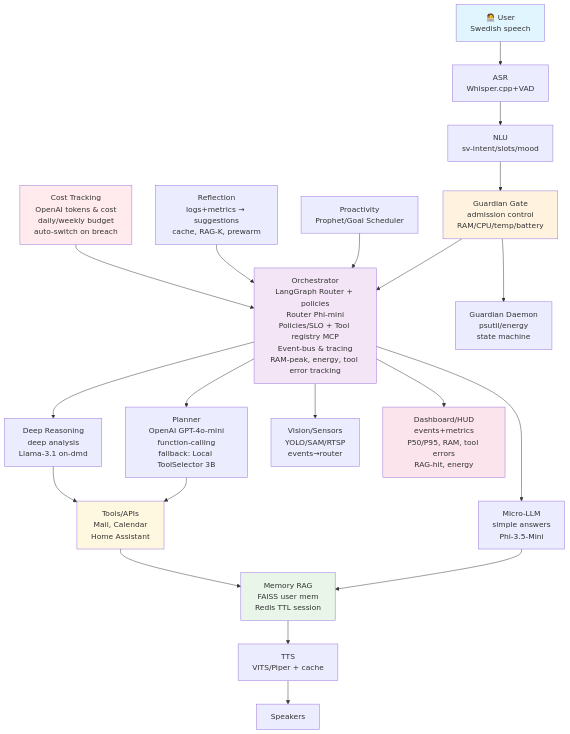
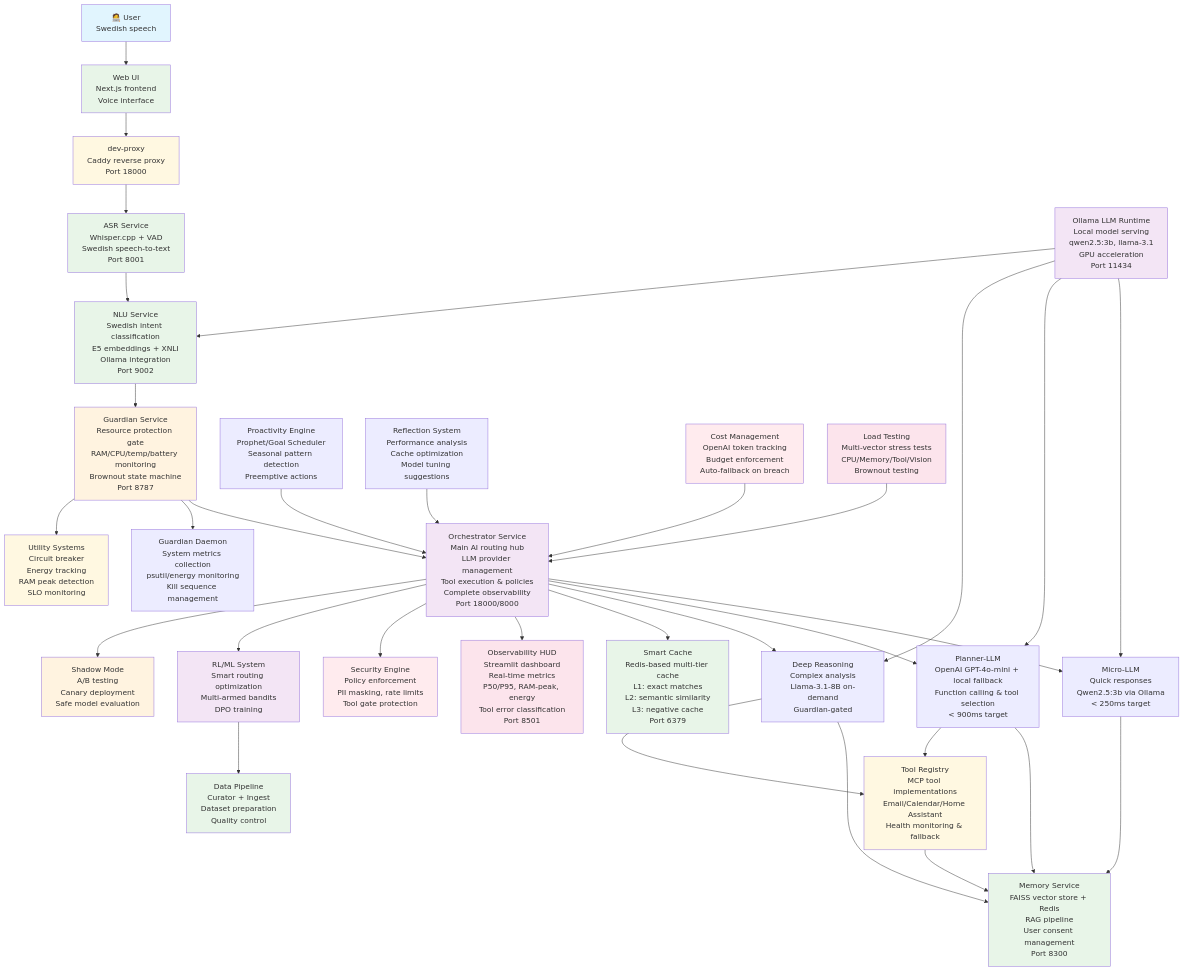
The first of 4 diagrams in ALICE_SYSTEM_BLUEPRINT.md (DanielWarg/AliceV2), drawn with Mermaid before and after one commit. The commit also changed other lines of this file and 9 other files, not shown here.

````diff
--- a/ALICE_SYSTEM_BLUEPRINT.md
+++ b/ALICE_SYSTEM_BLUEPRINT.md
@@ -14,39 +17,86 @@
 ```mermaid
 graph TB
-    User[🧑‍💻 User<br/>Swedish speech] --> ASR[ASR<br/>Whisper.cpp+VAD]
-    ASR --> NLU[NLU<br/>sv-intent/slots/mood]
-    NLU --> Guardian[Guardian Gate<br/>admission control<br/>RAM/CPU/temp/battery]
+    %% User Interface Layer
+    User[🧑‍💻 User<br/>Swedish speech] --> WebUI[Web UI<br/>Next.js frontend<br/>Voice interface]
+    WebUI --> DevProxy[dev-proxy<br/>Caddy reverse proxy<br/>Port 18000]
     
-    Guardian --> Orchestrator[Orchestrator<br/>LangGraph Router + policies<br/>Router Phi-mini<br/>Policies/SLO + Tool registry MCP<br/>Event-bus & tracing<br/>RAM-peak, energy, tool error tracking]
+    %% Voice Processing Pipeline
+    DevProxy --> ASR[ASR Service<br/>Whisper.cpp + VAD<br/>Swedish speech-to-text<br/>Port 8001]
+    ASR --> NLU[NLU Service<br/>Swedish intent classification<br/>E5 embeddings + XNLI<br/>Ollama integration<br/>Port 9002]
     
-    Orchestrator --> Micro[Micro-LLM<br/>simple answers<br/>Phi-3.5-Mini]
-    Orchestrator --> Planner[Planner<br/>OpenAI GPT-4o-mini<br/>function-calling<br/>fallback: Local ToolSelector 3B]
-    Orchestrator --> Deep[Deep Reasoning<br/>deep analysis<br/>Llama-3.1 on-dmd]
-    Orchestrator --> Vision[Vision/Sensors<br/>YOLO/SAM/RTSP<br/>events→router]
+    %% Security Gateway
+    NLU --> Guardian[Guardian Service<br/>Resource protection gate<br/>RAM/CPU/temp/battery monitoring<br/>Brownout state machine<br/>Port 8787]
     
-    Micro --> Memory[Memory RAG<br/>FAISS user mem<br/>Redis TTL session]
-    Planner --> Tools[Tools/APIs<br/>Mail, Calendar<br/>Home Assistant]
+    %% Core Orchestration
+    Guardian --> Orchestrator[Orchestrator Service<br/>Main AI routing hub<br/>LLM provider management<br/>Tool execution & policies<br/>Complete observability<br/>Port 18000/8000]
+    
+    %% LLM Processing Tier
+    Orchestrator --> Micro[Micro-LLM<br/>Quick responses<br/>Qwen2.5:3b via Ollama<br/>< 250ms target]
+    Orchestrator --> Planner[Planner-LLM<br/>OpenAI GPT-4o-mini + local fallback<br/>Function calling & tool selection<br/>< 900ms target]
+    Orchestrator --> Deep[Deep Reasoning<br/>Complex analysis<br/>Llama-3.1-8B on-demand<br/>Guardian-gated]
+    
+    %% Memory & Knowledge
+    Micro --> Memory[Memory Service<br/>FAISS vector store + Redis<br/>RAG pipeline<br/>User consent management<br/>Port 8300]
+    Planner --> Memory
+    Deep --> Memory
+    
+    %% Tool Ecosystem
+    Planner --> Tools[Tool Registry<br/>MCP tool implementations<br/>Email/Calendar/Home Assistant<br/>Health monitoring & fallback]
     Deep --> Tools
     Tools --> Memory
     
-    Guardian --> GuardianDaemon[Guardian Daemon<br/>psutil/energy<br/>state machine]
+    %% Observability & Management
+    Guardian --> GuardianDaemon[Guardian Daemon<br/>System metrics collection<br/>psutil/energy monitoring<br/>Kill sequence management]
     
-    Memory --> TTS[TTS<br/>VITS/Piper + cache]
-    TTS --> Speakers[Speakers]
+    Orchestrator --> Cache[Smart Cache<br/>Redis-based multi-tier cache<br/>L1: exact matches<br/>L2: semantic similarity<br/>L3: negative cache<br/>Port 6379]
     
-    Orchestrator --> HUD[Dashboard/HUD<br/>events+metrics<br/>P50/P95, RAM, tool errors<br/>RAG-hit, energy]
+    Orchestrator --> HUD[Observability HUD<br/>Streamlit dashboard<br/>Real-time metrics<br/>P50/P95, RAM-peak, energy<br/>Tool error classification<br/>Port 8501]
     
-    Proactivity[Proactivity<br/>Prophet/Goal Scheduler] --> Orchestrator
-    Reflection[Reflection<br/>logs+metrics → suggestions<br/>cache, RAG-K, prewarm] --> Orchestrator
+    %% Advanced Features
+    Proactivity[Proactivity Engine<br/>Prophet/Goal Scheduler<br/>Seasonal pattern detection<br/>Preemptive actions] --> Orchestrator
     
-    %% Budget and cost tracking
-    Cost[Cost Tracking<br/>OpenAI tokens & cost<br/>daily/weekly budget<br/>auto-switch on breach] --> Orchestrator
+    Reflection[Reflection System<br/>Performance analysis<br/>Cache optimization<br/>Model tuning suggestions] --> Orchestrator
     
+    Cost[Cost Management<br/>OpenAI token tracking<br/>Budget enforcement<br/>Auto-fallback on breach] --> Orchestrator
+    
+    %% External Services & ML Pipeline
+    Ollama[Ollama LLM Runtime<br/>Local model serving<br/>qwen2.5:3b, llama-3.1<br/>GPU acceleration<br/>Port 11434] --> Micro
+    Ollama --> Planner
+    Ollama --> Deep
+    Ollama --> NLU
+    
+    %% Advanced Systems
+    Orchestrator --> Security[Security Engine<br/>Policy enforcement<br/>PII masking, rate limits<br/>Tool gate protection]
+    
+    Orchestrator --> RLSystem[RL/ML System<br/>Smart routing optimization<br/>Multi-armed bandits<br/>DPO training]
+    
+    Orchestrator --> Shadow[Shadow Mode<br/>A/B testing<br/>Canary deployment<br/>Safe model evaluation]
+    
+    RLSystem --> DataPipeline[Data Pipeline<br/>Curator + Ingest<br/>Dataset preparation<br/>Quality control]
+    
+    %% Utility & Testing Infrastructure
+    Guardian --> Utils[Utility Systems<br/>Circuit breaker<br/>Energy tracking<br/>RAM peak detection<br/>SLO monitoring]
+    
+    LoadTesting[Load Testing<br/>Multi-vector stress tests<br/>CPU/Memory/Tool/Vision<br/>Brownout testing] --> Orchestrator
+    
+    %% Color coding by service tier
     style User fill:#e1f5fe
+    style WebUI fill:#e8f5e8
+    style DevProxy fill:#fff8e1
+    style ASR fill:#e8f5e8
+    style NLU fill:#e8f5e8
     style Guardian fill:#fff3e0
     style Orchestrator fill:#f3e5f5
     style Memory fill:#e8f5e8
+    style Cache fill:#e8f5e8
     style Tools fill:#fff8e1
     style HUD fill:#fce4ec
     style Cost fill:#ffebee
+    style Ollama fill:#f3e5f5
+    style Security fill:#ffebee
+    style RLSystem fill:#f3e5f5
+    style Shadow fill:#fff3e0
+    style DataPipeline fill:#e8f5e8
+    style Utils fill:#fff8e1
+    style LoadTesting fill:#fce4ec
 ```
````
